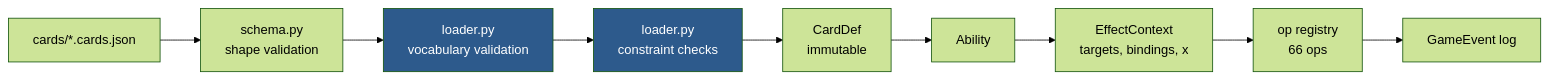
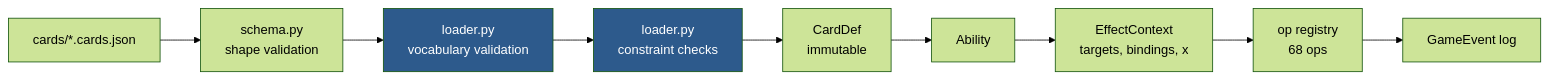
The diagram in docs/card-dsl.md (TylerGauntlett/commander-blitz), drawn with Mermaid (forest theme) before and after one commit. The commit also changed other lines of this file and 6 other files, not shown here.

````diff
--- a/docs/card-dsl.md
+++ b/docs/card-dsl.md
@@ -6,14 +6,14 @@
 ```mermaid
 flowchart LR
     json["cards/*.cards.json"] --> pydantic["schema.py<br/>shape validation"]
     pydantic --> vocab["loader.py<br/>vocabulary validation"]
     vocab --> constraints["loader.py<br/>constraint checks"]
     constraints --> carddef["CardDef<br/>immutable"]
     carddef --> ability["Ability"]
     ability --> ctx["EffectContext<br/>targets, bindings, x"]
-    ctx --> ops["op registry<br/>66 ops"]
+    ctx --> ops["op registry<br/>68 ops"]
     ops --> events["GameEvent log"]
 
     style vocab fill:#2d5a8c,color:#fff
     style constraints fill:#2d5a8c,color:#fff
 ```
````
